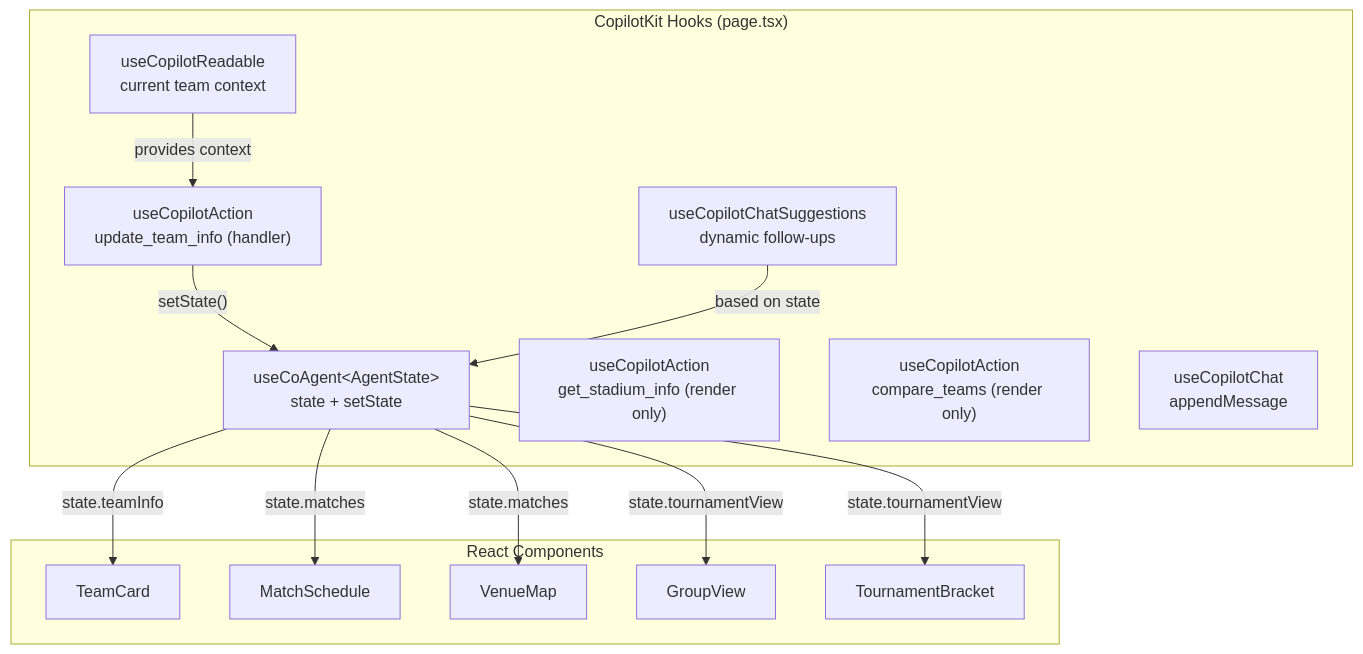
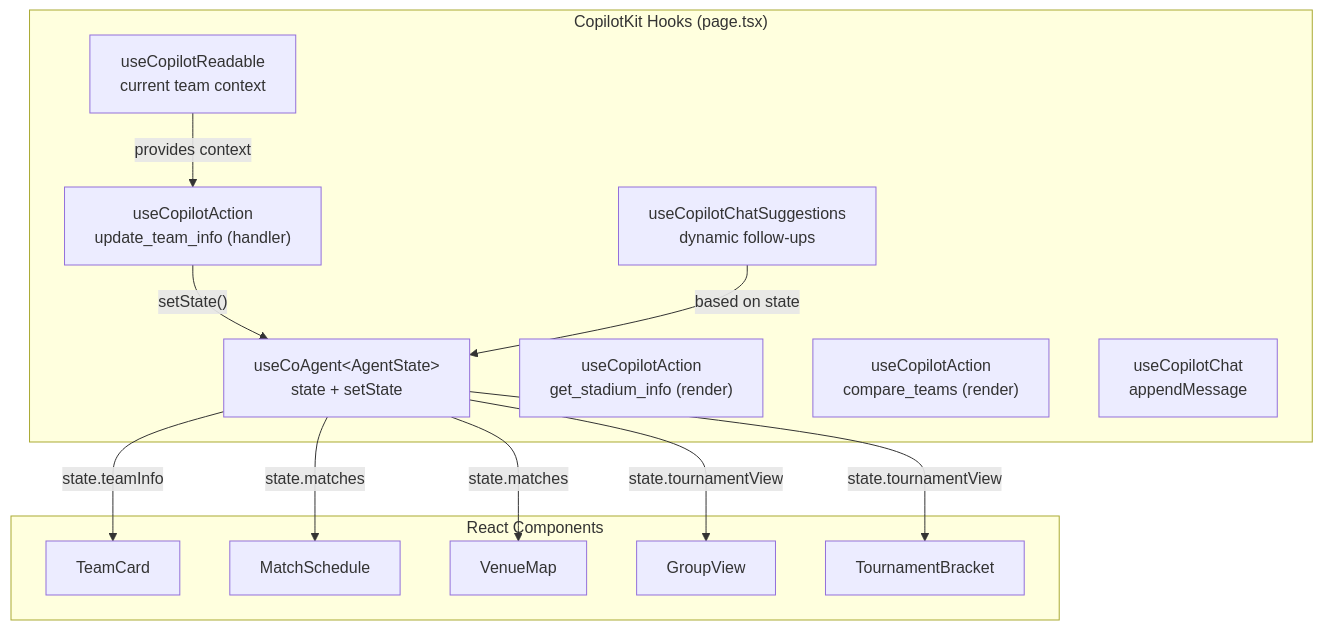
The third of 3 diagrams in README.md (fredgis/foot-agui-sample), drawn with Mermaid before and after one commit. The commit also changed other lines of this file and 33 other files, not shown here.

````diff
--- a/README.md
+++ b/README.md
@@ -100,29 +167,29 @@
 ```mermaid
 graph TB
     subgraph "CopilotKit Hooks (page.tsx)"
         CoAgent["useCoAgent&lt;AgentState&gt;<br/>state + setState"]
         Action1["useCopilotAction<br/>update_team_info (handler)"]
-        Action2["useCopilotAction<br/>get_stadium_info (render only)"]
-        Action3["useCopilotAction<br/>compare_teams (render only)"]
+        Action2["useCopilotAction<br/>get_stadium_info (render)"]
+        Action3["useCopilotAction<br/>compare_teams (render)"]
         Readable["useCopilotReadable<br/>current team context"]
         Suggestions["useCopilotChatSuggestions<br/>dynamic follow-ups"]
         Chat["useCopilotChat<br/>appendMessage"]
     end
 
     subgraph "React Components"
         TeamCard["TeamCard"]
         Schedule["MatchSchedule"]
         VenueMap["VenueMap"]
         GroupView["GroupView"]
         Bracket["TournamentBracket"]
     end
 
     CoAgent -->|"state.teamInfo"| TeamCard
     CoAgent -->|"state.matches"| Schedule
     CoAgent -->|"state.matches"| VenueMap
     CoAgent -->|"state.tournamentView"| GroupView
     CoAgent -->|"state.tournamentView"| Bracket
     Action1 -->|"setState()"| CoAgent
     Readable -->|"provides context"| Action1
     Suggestions -->|"based on state"| CoAgent
 ```
````
